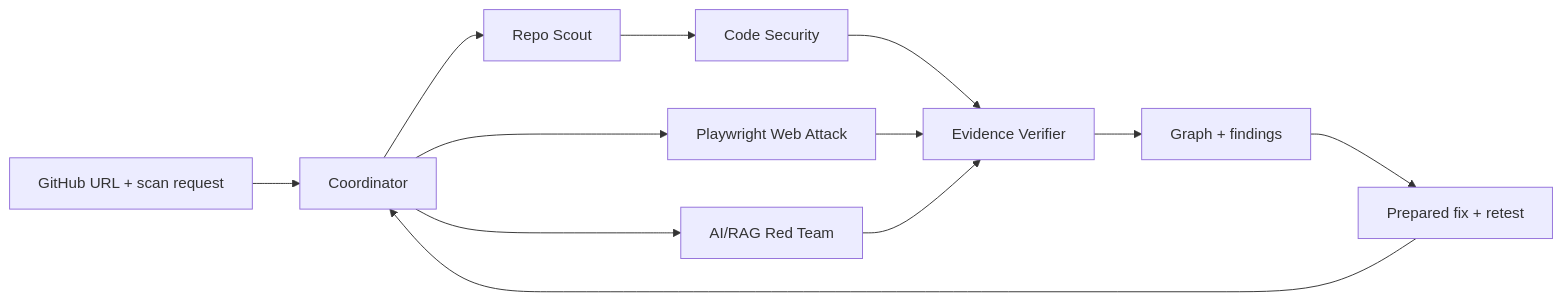
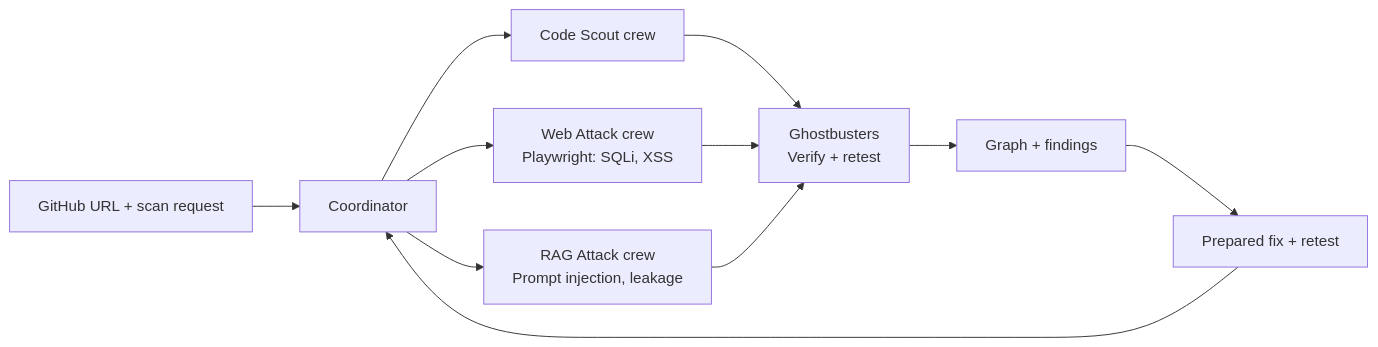
Before and after one commit to RLinV1/Kiroween-2026: the diagram in docs/ARCHITECTURE.md, drawn with Mermaid. The commit also changed other lines of this file and 8 other files, not shown here.

````diff
--- a/docs/ARCHITECTURE.md
+++ b/docs/ARCHITECTURE.md
@@ -19,14 +20,13 @@
 ```mermaid
 flowchart LR
     U[GitHub URL + scan request] --> O[Coordinator]
-    O --> R[Repo Scout]
-    R --> C[Code Security]
-    O --> W[Playwright Web Attack]
-    O --> A[AI/RAG Red Team]
-    C --> V[Evidence Verifier]
+    O --> C[Code Scout crew]
+    O --> W[Web Attack crew<br/>Playwright: SQLi, XSS]
+    O --> A[RAG Attack crew<br/>Prompt injection, leakage]
+    C --> V[Ghostbusters<br/>Verify + retest]
     W --> V
     A --> V
     V --> G[Graph + findings]
     G --> F[Prepared fix + retest]
     F --> O
 ```
````
